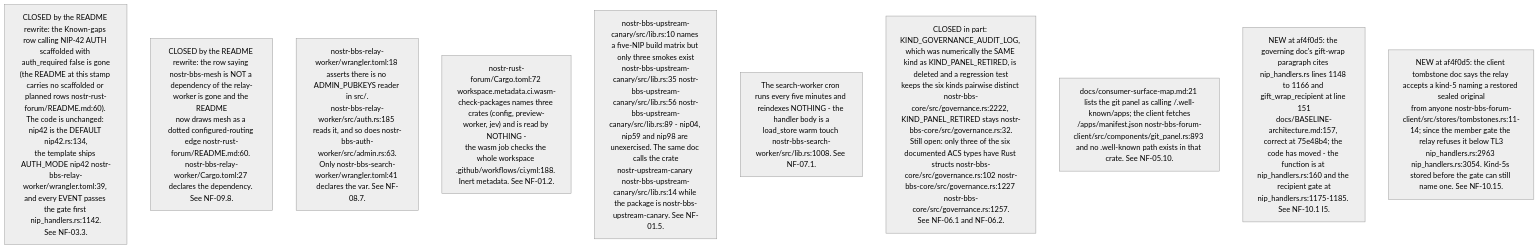
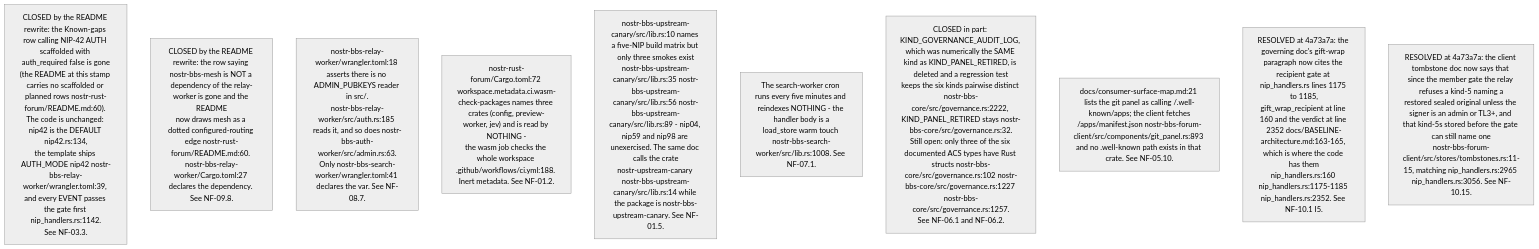
One commit to DreamLab-AI/VisionFlow changed the fifth of 15 diagrams in docs/diagrams/nostr-rust-forum/10-invariants-and-anomaly-register.md. Above: the diagram before and after it, drawn with Mermaid (neutral theme). The commit also changed other lines of this file and 11 other files, not shown here.

````diff
--- a/docs/diagrams/nostr-rust-forum/10-invariants-and-anomaly-register.md
+++ b/docs/diagrams/nostr-rust-forum/10-invariants-and-anomaly-register.md
@@ -188,13 +188,13 @@
 ```mermaid
 flowchart TB
     DD1["CLOSED by the README rewrite: the Known-gaps row calling NIP-42 AUTH scaffolded with auth_required false is gone<br/>(the README at this stamp carries no scaffolded or planned rows nostr-rust-forum/README.md:60). The code is unchanged: nip42 is the DEFAULT nip42.rs:134,<br/>the template ships AUTH_MODE nip42 nostr-bbs-relay-worker/wrangler.toml:39, and every EVENT passes the gate first nip_handlers.rs:1142.<br/>See NF-03.3."]
     DD2["CLOSED by the README rewrite: the row saying nostr-bbs-mesh is NOT a dependency of the relay-worker is gone and the README<br/>now draws mesh as a dotted configured-routing edge nostr-rust-forum/README.md:60. nostr-bbs-relay-worker/Cargo.toml:27 declares the dependency. See NF-09.8."]
     DD3["nostr-bbs-relay-worker/wrangler.toml:18 asserts there is no ADMIN_PUBKEYS reader in src/.<br/>nostr-bbs-relay-worker/src/auth.rs:185 reads it, and so does nostr-bbs-auth-worker/src/admin.rs:63.<br/>Only nostr-bbs-search-worker/wrangler.toml:41 declares the var. See NF-08.7."]
     DD4["nostr-rust-forum/Cargo.toml:72 workspace.metadata.ci.wasm-check-packages names three crates (config, preview-worker, jev) and is read by NOTHING -<br/>the wasm job checks the whole workspace .github/workflows/ci.yml:188. Inert metadata. See NF-01.2."]
     DD5["nostr-bbs-upstream-canary/src/lib.rs:10 names a five-NIP build matrix but only three smokes exist<br/>nostr-bbs-upstream-canary/src/lib.rs:35 nostr-bbs-upstream-canary/src/lib.rs:56 nostr-bbs-upstream-canary/src/lib.rs:89 - nip04, nip59 and nip98 are unexercised. The same doc calls the crate<br/>nostr-upstream-canary nostr-bbs-upstream-canary/src/lib.rs:14 while the package is nostr-bbs-upstream-canary. See NF-01.5."]
     DD6["The search-worker cron runs every five minutes and reindexes NOTHING - the handler body is a<br/>load_store warm touch nostr-bbs-search-worker/src/lib.rs:1008. See NF-07.1."]
     DD7["CLOSED in part: KIND_GOVERNANCE_AUDIT_LOG, which was numerically the SAME kind as KIND_PANEL_RETIRED, is deleted and a regression test<br/>keeps the six kinds pairwise distinct nostr-bbs-core/src/governance.rs:2222, KIND_PANEL_RETIRED stays nostr-bbs-core/src/governance.rs:32.<br/>Still open: only three of the six documented ACS types have Rust structs nostr-bbs-core/src/governance.rs:102 nostr-bbs-core/src/governance.rs:1227 nostr-bbs-core/src/governance.rs:1257.<br/>See NF-06.1 and NF-06.2."]
     DD8["docs/consumer-surface-map.md:21 lists the git panel as calling /.well-known/apps; the client fetches<br/>/apps/manifest.json nostr-bbs-forum-client/src/components/git_panel.rs:893 and no .well-known path exists in that crate. See NF-05.10."]
-    DD9["NEW at af4f0d5: the governing doc's gift-wrap paragraph cites nip_handlers.rs lines 1148 to 1166 and gift_wrap_recipient at line 151<br/>docs/BASELINE-architecture.md:157, correct at 75e48b4; the code has moved - the function is at nip_handlers.rs:160 and the recipient gate at<br/>nip_handlers.rs:1175-1185. See NF-10.1 I5."]
-    DD10["NEW at af4f0d5: the client tombstone doc says the relay accepts a kind-5 naming a restored sealed original<br/>from anyone nostr-bbs-forum-client/src/stores/tombstones.rs:11-14; since the member gate the relay refuses it below TL3<br/>nip_handlers.rs:2963 nip_handlers.rs:3054. Kind-5s stored before the gate can still name one. See NF-10.15."]
+    DD9["RESOLVED at 4a73a7a: the governing doc's gift-wrap paragraph now cites the recipient gate at nip_handlers.rs lines 1175 to 1185,<br/>gift_wrap_recipient at line 160 and the verdict at line 2352 docs/BASELINE-architecture.md:163-165, which is where the code has them<br/>nip_handlers.rs:160 nip_handlers.rs:1175-1185 nip_handlers.rs:2352. See NF-10.1 I5."]
+    DD10["RESOLVED at 4a73a7a: the client tombstone doc now says that since the member gate the relay refuses a kind-5 naming a<br/>restored sealed original unless the signer is an admin or TL3+, and that kind-5s stored before the gate can still name one<br/>nostr-bbs-forum-client/src/stores/tombstones.rs:11-15, matching nip_handlers.rs:2965 nip_handlers.rs:3056. See NF-10.15."]
 ```
````
